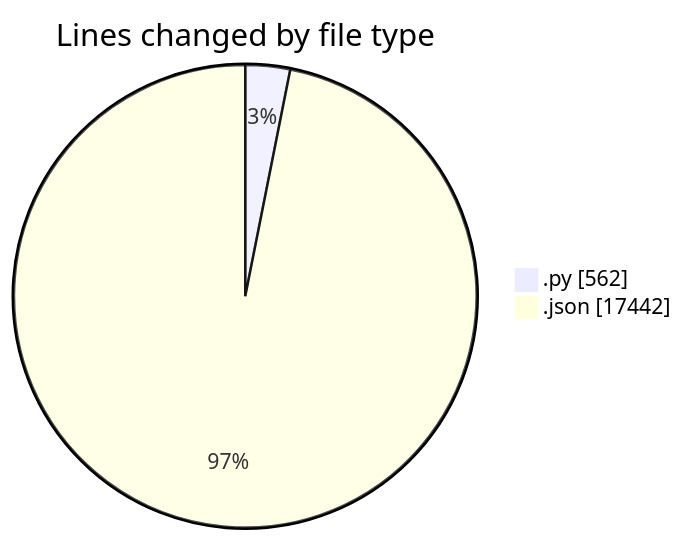
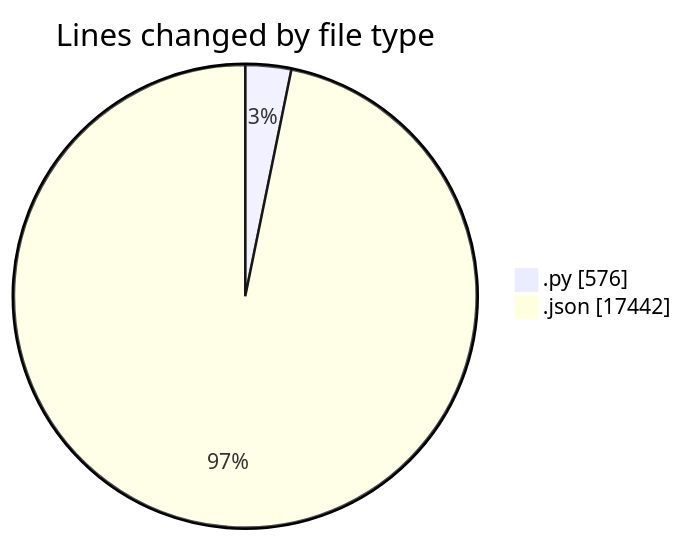
One commit to MatusMokan/code-tracking changed the first of 2 diagrams in 2025-10-25/untitled__workspace_/README.md. Above: the diagram before and after it, drawn with Mermaid. The commit also changed other lines of this file and 1 other file, not shown here.

````diff
--- a/2025-10-25/untitled__workspace_/README.md
+++ b/2025-10-25/untitled__workspace_/README.md
@@ -21,6 +21,6 @@
 ```mermaid
 pie showData
 title Lines changed by file type
-".py" : 562
+".py" : 576
 ".json" : 17442
 ```
````
